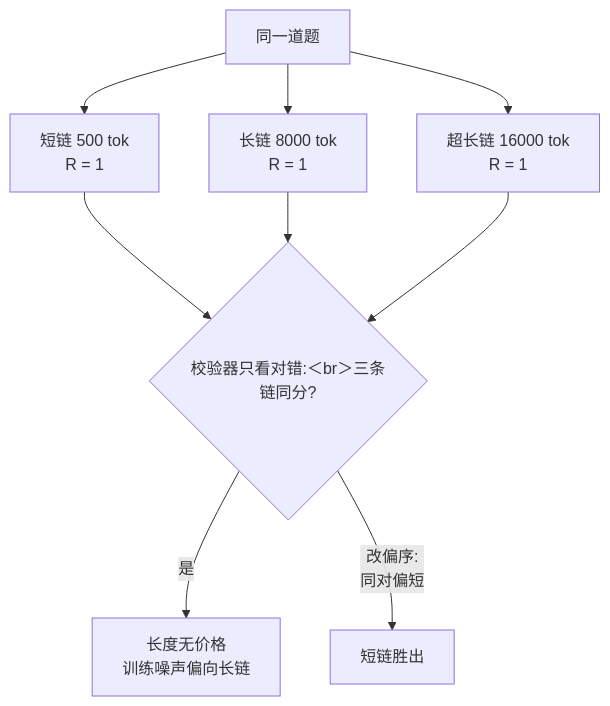
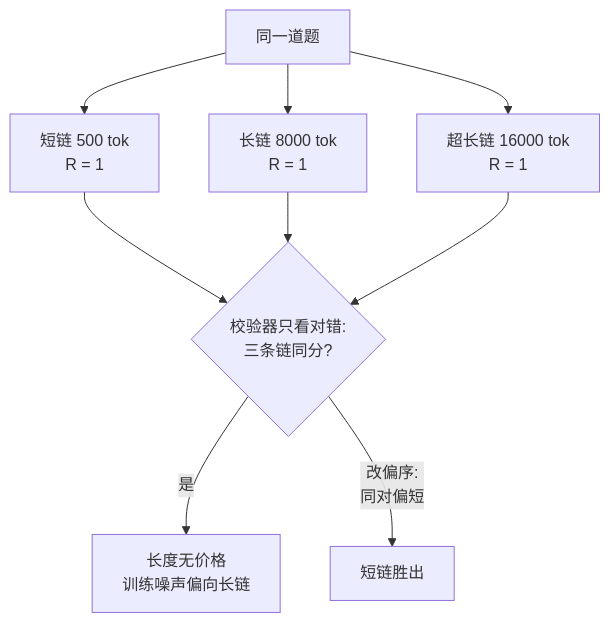
Before and after one commit to xhongduo-tech/xhongduo-tech.github.io: the second of 2 diagrams in docs/llm/overthinking.md, drawn with Mermaid. The commit also changed other lines of this file and 2 other files, not shown here.

Commit message:
Content review llm-034: split merged fence in aha-moment, fix overthinking fullwidth br and typo.

````diff
--- a/docs/llm/overthinking.md
+++ b/docs/llm/overthinking.md
@@ -51,11 +51,11 @@
 ```mermaid
 flowchart TD
   Q["同一道题"] --> A["短链 500 tok<br>R = 1"]
   Q --> B["长链 8000 tok<br>R = 1"]
   Q --> C["超长链 16000 tok<br>R = 1"]
-  A --> TIE{"校验器只看对错:＜br＞三条链同分?"}
+  A --> TIE{"校验器只看对错:<br/>三条链同分?"}
   B --> TIE
   C --> TIE
   TIE -- "是" --> LEN["长度无价格<br>训练噪声偏向长链"]
   TIE -- "改偏序:<br>同对偏短" --> PICK["短链胜出"]
 ```
````
